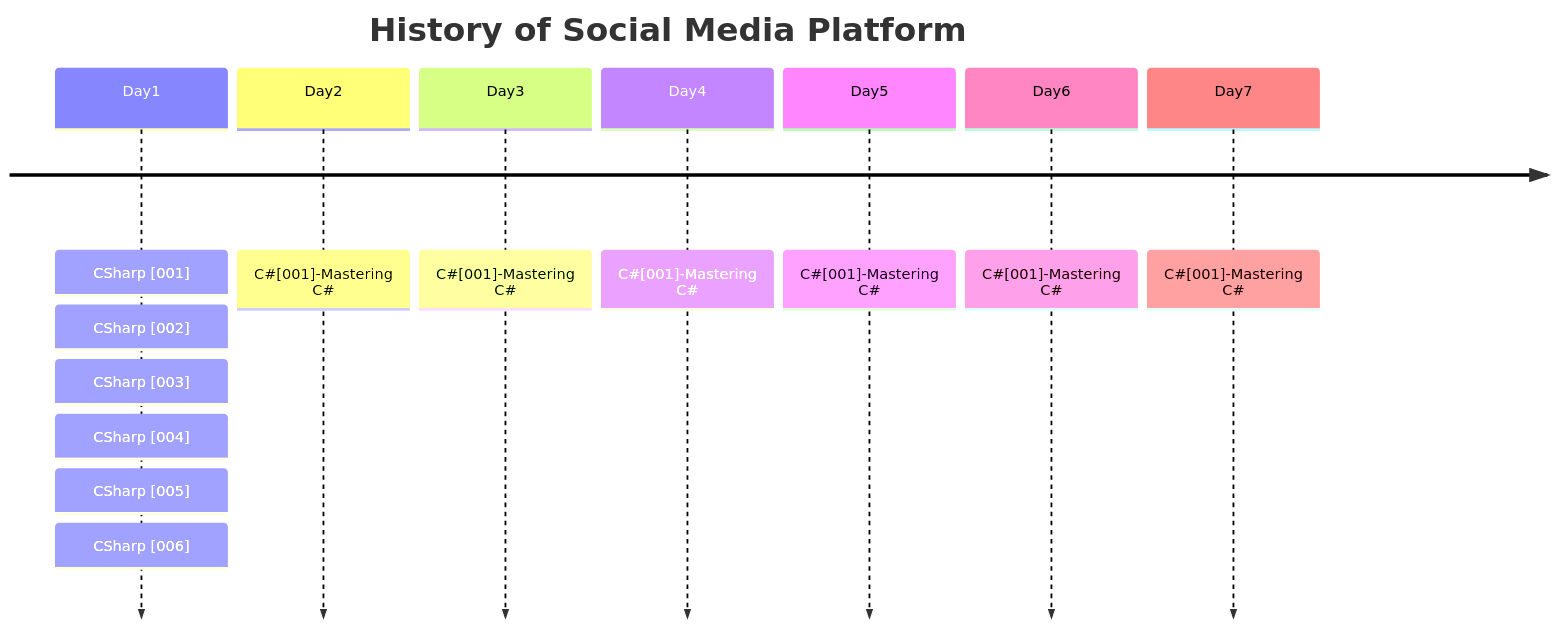
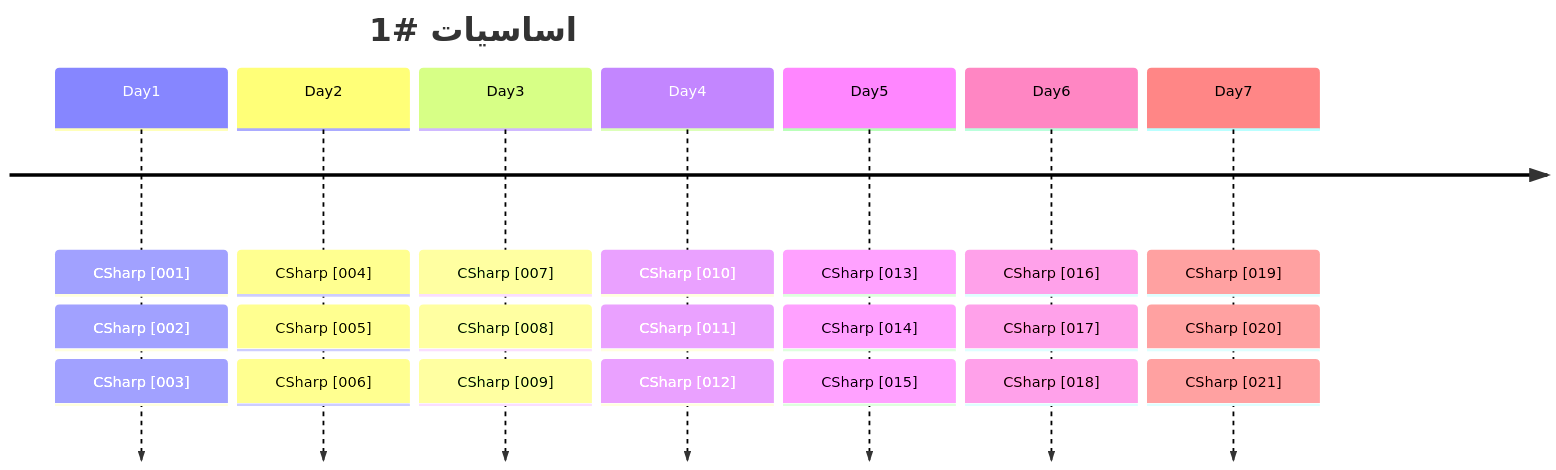
Before and after one commit to metigator/Roadmap: the first of 3 diagrams in README.md, drawn with Mermaid.

````diff
--- a/README.md
+++ b/README.md
@@ -1,16 +1,25 @@
 ```mermaid
 timeline
-    title History of Social Media Platform
+    title اساسيات #1
     Day1 : CSharp [001]
          : CSharp [002]
-         : CSharp [003]
-         : CSharp [004]
+         : CSharp [003] 
+    Day2 : CSharp [004]
          : CSharp [005]
-         : CSharp [006]
-    Day2 : C#[001]-Mastering C# 
-    Day3 : C#[001]-Mastering C# 
-    Day4 : C#[001]-Mastering C# 
-    Day5 : C#[001]-Mastering C# 
-    Day6 : C#[001]-Mastering C# 
-    Day7 : C#[001]-Mastering C#
+         : CSharp [006] 
+    Day3 : CSharp [007]
+         : CSharp [008]
+         : CSharp [009] 
+    Day4 : CSharp [010]
+         : CSharp [011]
+         : CSharp [012] 
+    Day5 : CSharp [013]
+         : CSharp [014]
+         : CSharp [015] 
+    Day6 : CSharp [016]
+         : CSharp [017]
+         : CSharp [018] 
+    Day7 : CSharp [019]
+         : CSharp [020]
+         : CSharp [021] 
 ```
````
